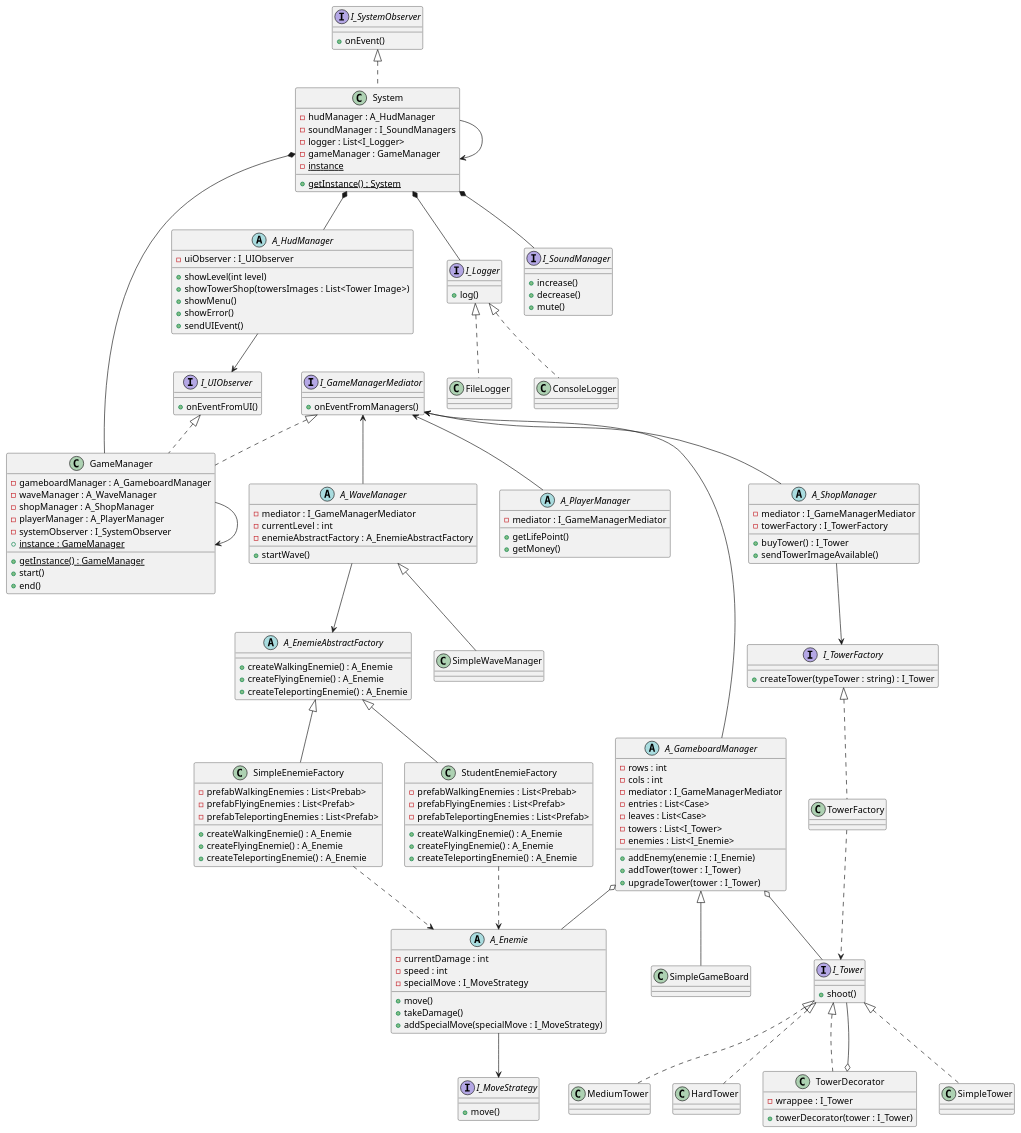
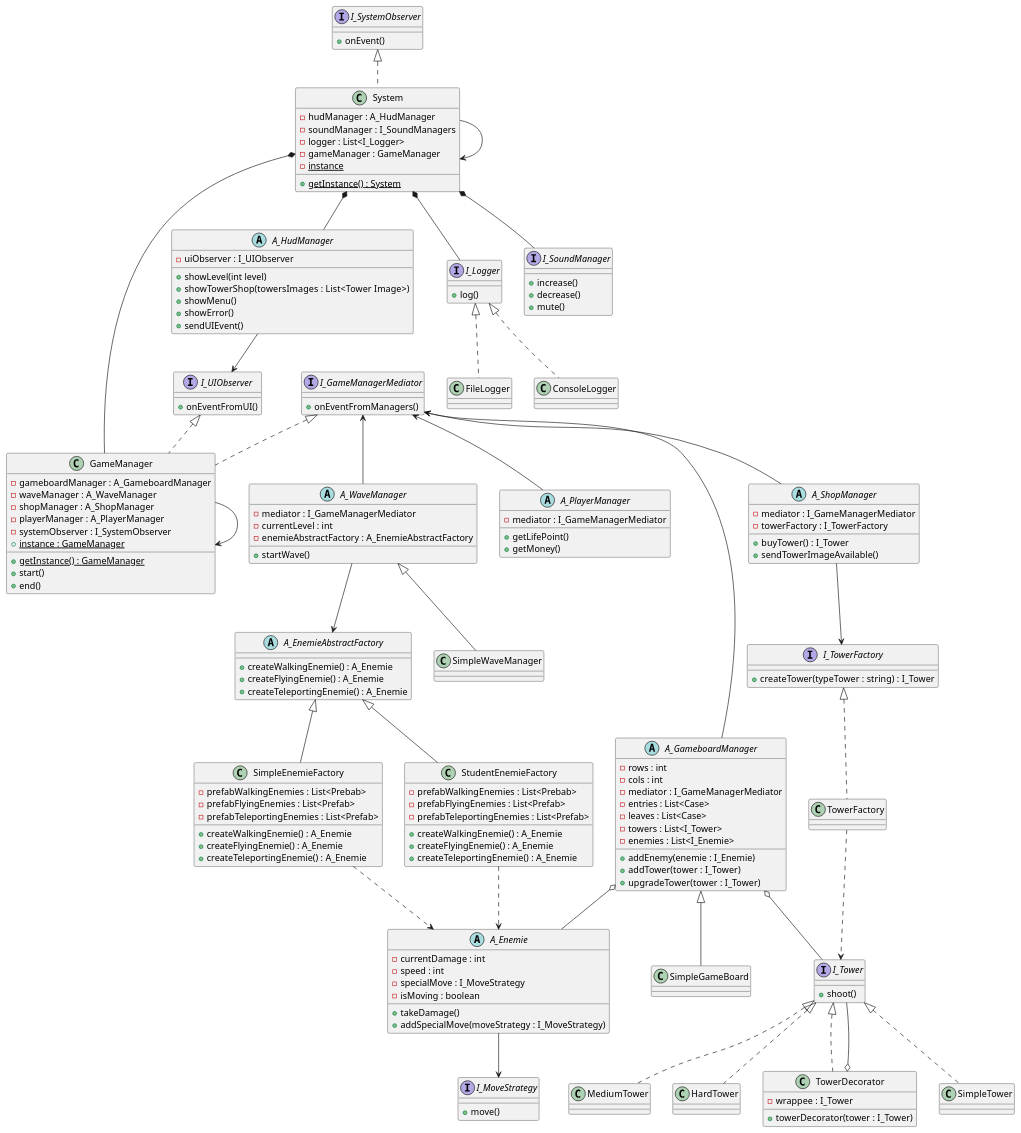
One commit to bobylatruffe/tower_defense changed the diagram in uml.plantuml. Above: the diagram before and after it, drawn with PlantUML. The commit also changed 28 other files, not shown here.

Commit message:
feat(I_MoveStrategy) : début d'implémentation ou chaques enemies à sa propre stratégie de déplacmeent

```diff
--- a/uml.plantuml
+++ b/uml.plantuml
@@ -204,9 +204,9 @@
     - currentDamage : int
     - speed : int
     - specialMove : I_MoveStrategy
-    + move()
+    - isMoving : boolean
     + takeDamage()
-    + addSpecialMove(specialMove : I_MoveStrategy)
+    + addSpecialMove(moveStrategy : I_MoveStrategy)
 }
 
 A_Enemie --> I_MoveStrategy
```
